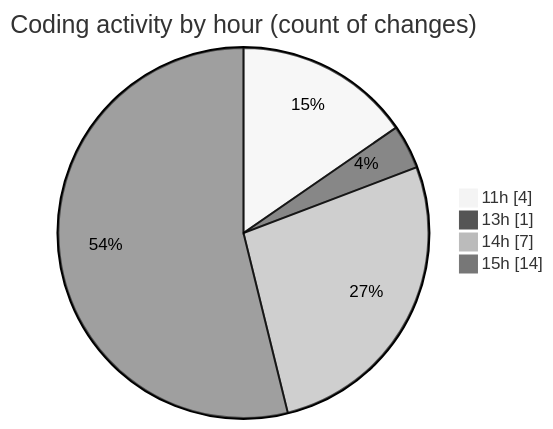
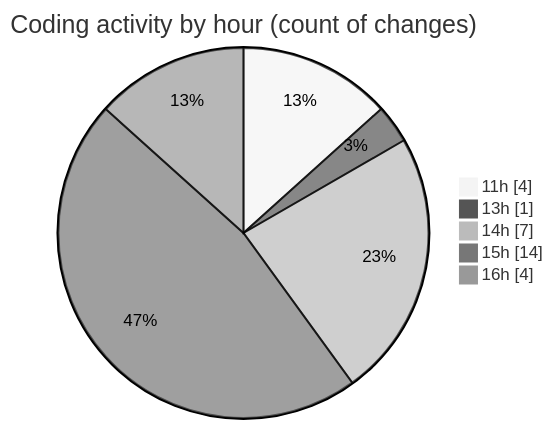
The second of 2 diagrams in 2025-09-30/untitled__workspace_/README.md (debugP/code-tracking), drawn with Mermaid (neutral theme) before and after one commit. The commit also changed other lines of this file and 1 other file, not shown here.

````diff
--- a/2025-09-30/untitled__workspace_/README.md
+++ b/2025-09-30/untitled__workspace_/README.md
@@ -35,8 +35,9 @@
 ```mermaid
 pie showData
 title Coding activity by hour (count of changes)
 "11h" : 4
 "13h" : 1
 "14h" : 7
 "15h" : 14
+"16h" : 4
 ```
````
